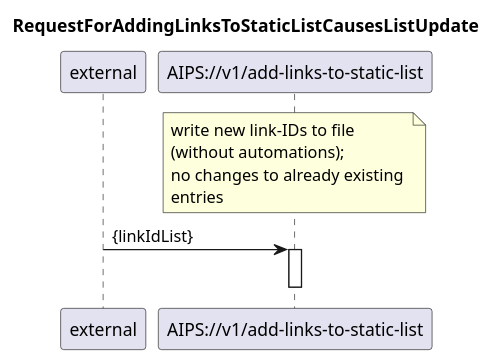
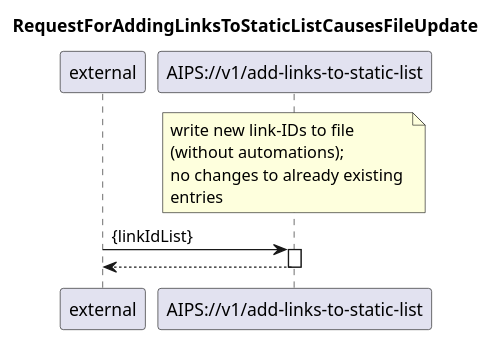
The diagram in diagrams/01 Automation management/100_addLinksToStaticList.plantuml (kmohr-soprasteria/AIPS_wip), drawn with PlantUML before and after one commit. The commit also changed 15 other files, not shown here.

Commit message:
diagramme-v005 added

```diff
--- a/diagrams/01 Automation management/100_addLinksToStaticList.plantuml
+++ b/diagrams/01 Automation management/100_addLinksToStaticList.plantuml
@@ -1,22 +1,23 @@
 @startuml 100_addLinksToStaticList
 skinparam responseMessageBelowArrow true
 
 title
-RequestForAddingLinksToStaticListCausesListUpdate
+RequestForAddingLinksToStaticListCausesFileUpdate
 end title
 
 participant "external" as requestor
 participant "AIPS://v1/add-links-to-static-list" as addLinks
 
 note over addLinks
   write new link-IDs to file 
   (without automations);
   no changes to already existing 
   entries
 end note
 requestor -> addLinks: {linkIdList}
 activate addLinks
+addLinks --> requestor
 
 deactivate addLinks
 
 @enduml
```
